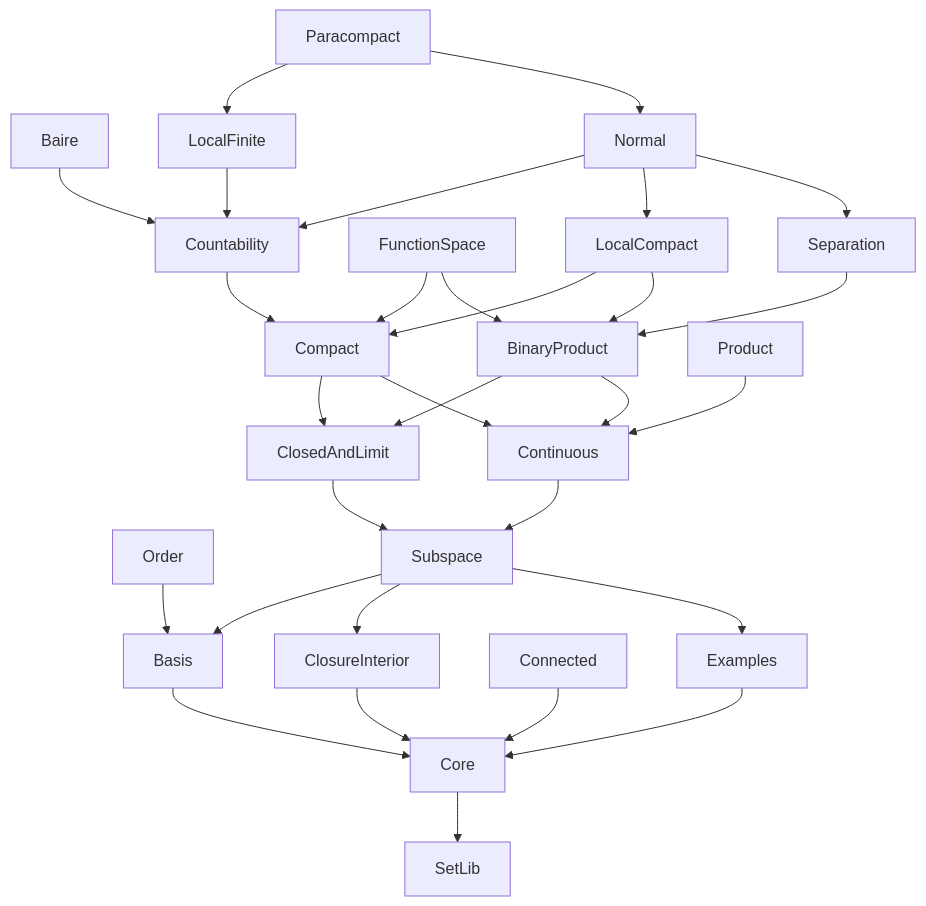
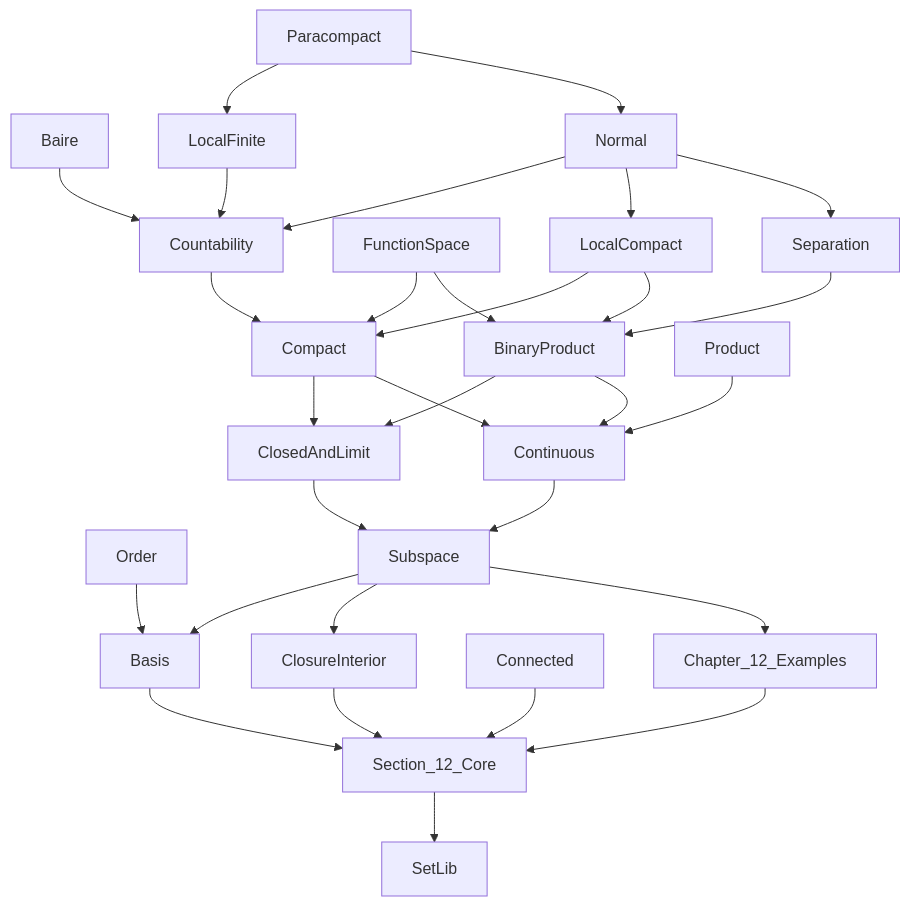
The diagram in DEPENDENCIES.md (ldct/mgw-topology), drawn with Mermaid before and after one commit. The commit also changed other lines of this file and 19 other files, not shown here.

First line of the commit message:
Rename Core -> Section_12_Core, Examples -> Chapter_12_Examples

````diff
--- a/DEPENDENCIES.md
+++ b/DEPENDENCIES.md
@@ -12,76 +12,76 @@
 ```mermaid
 graph TD
     Baire[Baire]
     Basis[Basis]
     BinaryProduct[BinaryProduct]
     ClosedAndLimit[ClosedAndLimit]
     ClosureInterior[ClosureInterior]
     Compact[Compact]
     Connected[Connected]
     Continuous[Continuous]
-    Core[Core]
+    Section_12_Core[Section_12_Core]
     Countability[Countability]
-    Examples[Examples]
+    Chapter_12_Examples[Chapter_12_Examples]
     FunctionSpace[FunctionSpace]
     LocalCompact[LocalCompact]
     LocalFinite[LocalFinite]
     Normal[Normal]
     Order[Order]
     Paracompact[Paracompact]
     Product[Product]
     Separation[Separation]
     SetLib[SetLib]
     Subspace[Subspace]
 
     Baire --> Countability
-    Basis --> Core
+    Basis --> Section_12_Core
     BinaryProduct --> ClosedAndLimit
     BinaryProduct --> Continuous
     ClosedAndLimit --> Subspace
-    ClosureInterior --> Core
+    ClosureInterior --> Section_12_Core
     Compact --> ClosedAndLimit
     Compact --> Continuous
-    Connected --> Core
+    Connected --> Section_12_Core
     Continuous --> Subspace
-    Core --> SetLib
+    Section_12_Core --> SetLib
     Countability --> Compact
-    Examples --> Core
+    Chapter_12_Examples --> Section_12_Core
     FunctionSpace --> Compact
     FunctionSpace --> BinaryProduct
     LocalCompact --> Compact
     LocalCompact --> BinaryProduct
     LocalFinite --> Countability
     Normal --> Countability
     Normal --> LocalCompact
     Normal --> Separation
     Order --> Basis
     Paracompact --> LocalFinite
     Paracompact --> Normal
     Product --> Continuous
     Separation --> BinaryProduct
     Subspace --> Basis
     Subspace --> ClosureInterior
-    Subspace --> Examples
+    Subspace --> Chapter_12_Examples
 
     click Baire "https://github.com/ldct/mgw-topology/blob/main/MgwTopology/Baire.lean"
     click Basis "https://github.com/ldct/mgw-topology/blob/main/MgwTopology/Basis.lean"
     click BinaryProduct "https://github.com/ldct/mgw-topology/blob/main/MgwTopology/BinaryProduct.lean"
     click ClosedAndLimit "https://github.com/ldct/mgw-topology/blob/main/MgwTopology/ClosedAndLimit.lean"
     click ClosureInterior "https://github.com/ldct/mgw-topology/blob/main/MgwTopology/ClosureInterior.lean"
     click Compact "https://github.com/ldct/mgw-topology/blob/main/MgwTopology/Compact.lean"
     click Connected "https://github.com/ldct/mgw-topology/blob/main/MgwTopology/Connected.lean"
     click Continuous "https://github.com/ldct/mgw-topology/blob/main/MgwTopology/Continuous.lean"
-    click Core "https://github.com/ldct/mgw-topology/blob/main/MgwTopology/Core.lean"
+    click Section_12_Core "https://github.com/ldct/mgw-topology/blob/main/MgwTopology/Section_12_Core.lean"
     click Countability "https://github.com/ldct/mgw-topology/blob/main/MgwTopology/Countability.lean"
-    click Examples "https://github.com/ldct/mgw-topology/blob/main/MgwTopology/Examples.lean"
+    click Chapter_12_Examples "https://github.com/ldct/mgw-topology/blob/main/MgwTopology/Chapter_12_Examples.lean"
     click FunctionSpace "https://github.com/ldct/mgw-topology/blob/main/MgwTopology/FunctionSpace.lean"
     click LocalCompact "https://github.com/ldct/mgw-topology/blob/main/MgwTopology/LocalCompact.lean"
     click LocalFinite "https://github.com/ldct/mgw-topology/blob/main/MgwTopology/LocalFinite.lean"
     click Normal "https://github.com/ldct/mgw-topology/blob/main/MgwTopology/Normal.lean"
     click Order "https://github.com/ldct/mgw-topology/blob/main/MgwTopology/Order.lean"
     click Paracompact "https://github.com/ldct/mgw-topology/blob/main/MgwTopology/Paracompact.lean"
     click Product "https://github.com/ldct/mgw-topology/blob/main/MgwTopology/Product.lean"
     click Separation "https://github.com/ldct/mgw-topology/blob/main/MgwTopology/Separation.lean"
     click SetLib "https://github.com/ldct/mgw-topology/blob/main/MgwTopology/SetLib.lean"
     click Subspace "https://github.com/ldct/mgw-topology/blob/main/MgwTopology/Subspace.lean"
 ```
````
